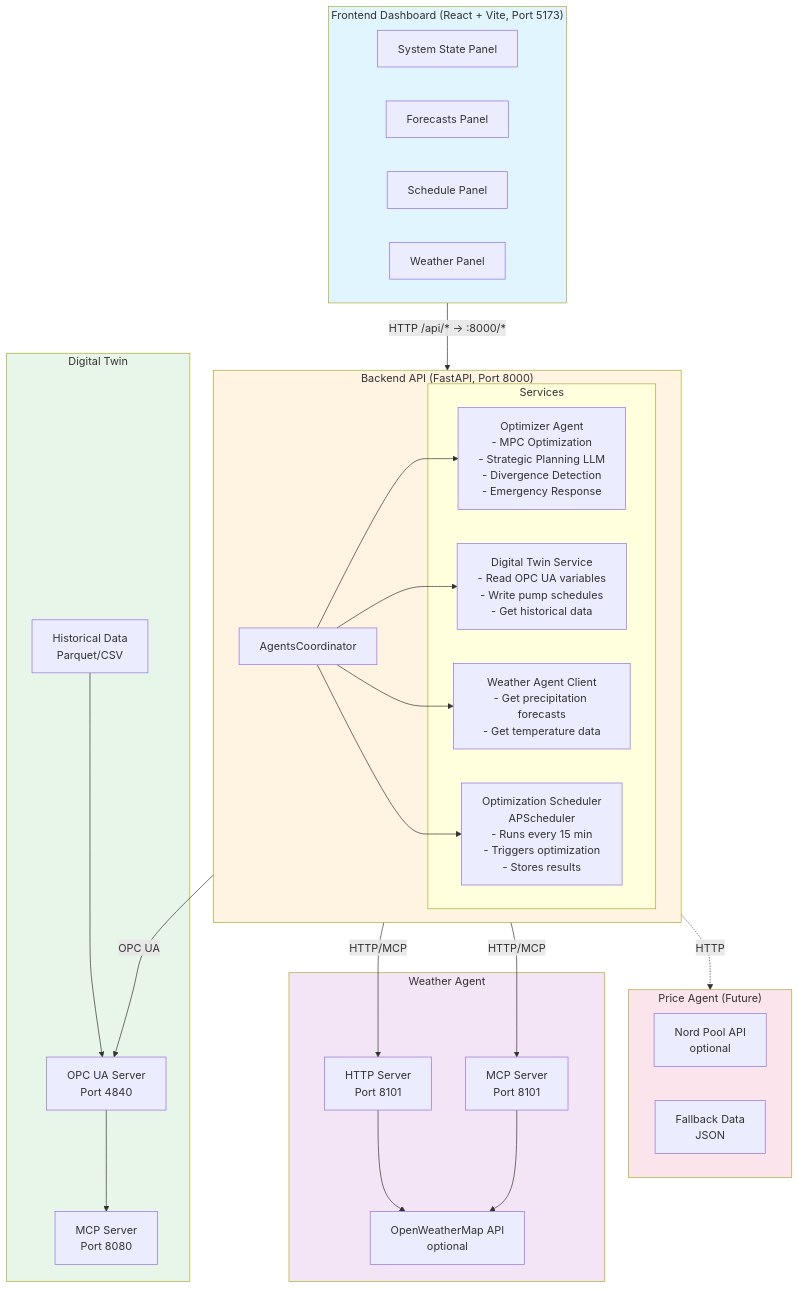
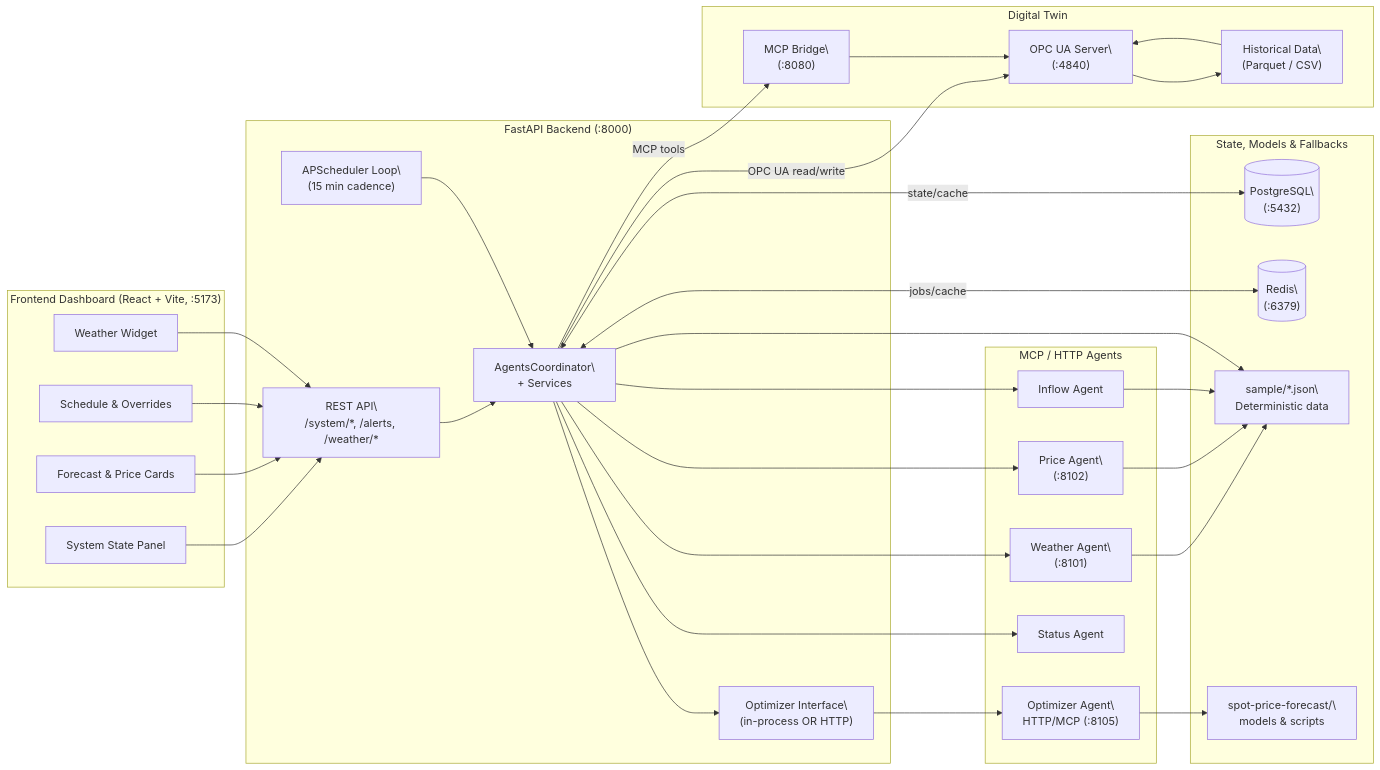
Before and after one commit to alexha11/Junction-2025: the first of 7 diagrams in docs/SYSTEM_ARCHITECTURE.md, drawn with Mermaid. The commit also changed other lines of this file, not shown here.

Commit message:
docs: update documents in docs folder

````diff
--- a/docs/SYSTEM_ARCHITECTURE.md
+++ b/docs/SYSTEM_ARCHITECTURE.md
@@ -7,58 +7,62 @@
 ```mermaid
-graph TB
-    subgraph Frontend["Frontend Dashboard (React + Vite, Port 5173)"]
-        Panel1[System State Panel]
-        Panel2[Forecasts Panel]
-        Panel3[Schedule Panel]
-        Panel4[Weather Panel]
+flowchart LR
+    subgraph Frontend["Frontend Dashboard (React + Vite, :5173)"]
+        PanelState[System State Panel]
+        PanelForecast[Forecast & Price Cards]
+        PanelSchedule[Schedule & Overrides]
+        PanelWeather[Weather Widget]
     end
 
-    subgraph Backend["Backend API (FastAPI, Port 8000)"]
-        Coordinator[AgentsCoordinator]
-        
-        subgraph Services["Services"]
-            Optimizer[Optimizer Agent<br/>- MPC Optimization<br/>- Strategic Planning LLM<br/>- Divergence Detection<br/>- Emergency Response]
-            DigitalTwinSvc[Digital Twin Service<br/>- Read OPC UA variables<br/>- Write pump schedules<br/>- Get historical data]
-            WeatherClient[Weather Agent Client<br/>- Get precipitation forecasts<br/>- Get temperature data]
-            Scheduler[Optimization Scheduler<br/>APScheduler<br/>- Runs every 15 min<br/>- Triggers optimization<br/>- Stores results]
-        end
-        
-        Coordinator --> Optimizer
-        Coordinator --> DigitalTwinSvc
-        Coordinator --> WeatherClient
-        Coordinator --> Scheduler
+    subgraph Backend["FastAPI Backend (:8000)"]
+        API["REST API\\n/system/*, /alerts, /weather/*"]
+        AC["AgentsCoordinator\\n+ Services"]
+        Scheduler["APScheduler Loop\\n(15 min cadence)"]
+        OptimizerCore["Optimizer Interface\\n(in-process OR HTTP)"]
     end
 
-    subgraph DigitalTwin["Digital Twin"]
-        OPCUA[OPC UA Server<br/>Port 4840]
-        MCP[MCP Server<br/>Port 8080]
-        Historical[Historical Data<br/>Parquet/CSV]
-        OPCUA --> MCP
-        Historical --> OPCUA
+    subgraph Agents["MCP / HTTP Agents"]
+        WeatherAgent["Weather Agent\\n(:8101)"]
+        PriceAgent["Price Agent\\n(:8102)"]
+        InflowAgent["Inflow Agent"]
+        StatusAgent["Status Agent"]
+        OptimizerAgent["Optimizer Agent\\nHTTP/MCP (:8105)"]
     end
 
-    subgraph WeatherAgent["Weather Agent"]
-        WeatherHTTP[HTTP Server<br/>Port 8101]
-        WeatherMCP[MCP Server<br/>Port 8101]
-        OpenWeather[OpenWeatherMap API<br/>optional]
-        WeatherHTTP --> OpenWeather
-        WeatherMCP --> OpenWeather
+    subgraph Twin["Digital Twin"]
+        OPCUA["OPC UA Server\\n(:4840)"]
+        MCPBridge["MCP Bridge\\n(:8080)"]
+        Historical["Historical Data\\n(Parquet / CSV)"]
     end
 
-    subgraph PriceAgent["Price Agent (Future)"]
-        PriceAPI[Nord Pool API<br/>optional]
-        PriceFallback[Fallback Data<br/>JSON]
+    subgraph Data["State, Models & Fallbacks"]
+        Postgres[("PostgreSQL\\n(:5432)")]
+        Redis[("Redis\\n(:6379)")]
+        Samples["sample/*.json\\nDeterministic data"]
+        SpotForecast["spot-price-forecast/\\nmodels & scripts"]
     end
 
-    Frontend -->|HTTP /api/* → :8000/*| Backend
-    Backend -->|OPC UA| OPCUA
-    Backend -->|HTTP/MCP| WeatherHTTP
-    Backend -->|HTTP/MCP| WeatherMCP
-    Backend -.->|HTTP| PriceAgent
-
-    style Frontend fill:#e1f5ff
-    style Backend fill:#fff4e1
-    style DigitalTwin fill:#e8f5e9
-    style WeatherAgent fill:#f3e5f5
-    style PriceAgent fill:#fce4ec
+    PanelState --> API
+    PanelForecast --> API
+    PanelSchedule --> API
+    PanelWeather --> API
+    API --> AC
+    Scheduler --> AC
+    AC --> OptimizerCore
+    OptimizerCore --> OptimizerAgent
+    AC --> WeatherAgent
+    AC --> PriceAgent
+    AC --> InflowAgent
+    AC --> StatusAgent
+    AC -->|OPC UA read/write| OPCUA
+    AC -->|MCP tools| MCPBridge
+    MCPBridge --> OPCUA
+    OPCUA --> Historical
+    Historical --> OPCUA
+    AC <-->|state/cache| Postgres
+    AC <-->|jobs/cache| Redis
+    OptimizerAgent --> SpotForecast
+    WeatherAgent --> Samples
+    PriceAgent --> Samples
+    InflowAgent --> Samples
+    AC --> Samples
 ```
````
